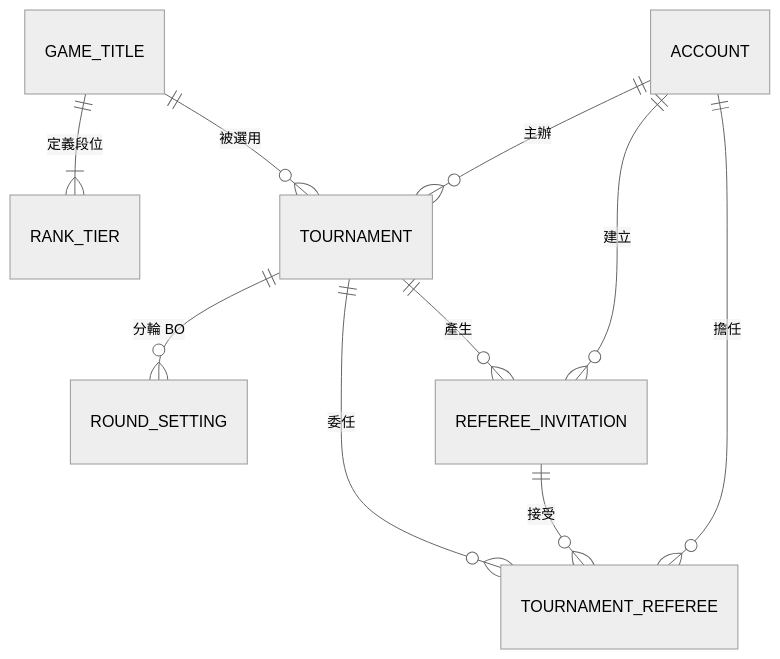
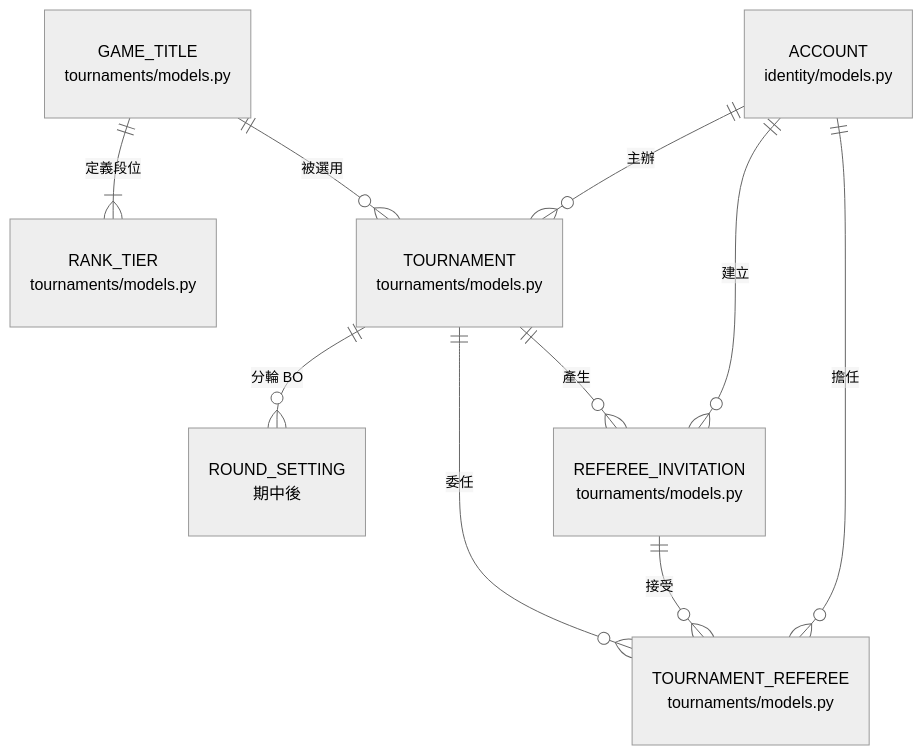
One commit to Team14good/esport-platform changed the fifth of 19 diagrams in docs/midterm/B-軟體需求分析文件.md. Above: the diagram before and after it, drawn with Mermaid (neutral theme). The commit also changed other lines of this file and 27 other files, not shown here.

First line of the commit message:
docs: B、C、D 其餘的圖全部對照程式標註

````diff
--- a/docs/midterm/B-軟體需求分析文件.md
+++ b/docs/midterm/B-軟體需求分析文件.md
@@ -707,12 +716,19 @@
 ```mermaid
 erDiagram
+  GAME_TITLE["GAME_TITLE<br/>tournaments/models.py"]
+  RANK_TIER["RANK_TIER<br/>tournaments/models.py"]
+  TOURNAMENT["TOURNAMENT<br/>tournaments/models.py"]
+  ACCOUNT["ACCOUNT<br/>identity/models.py"]
+  ROUND_SETTING["ROUND_SETTING<br/>期中後"]
+  REFEREE_INVITATION["REFEREE_INVITATION<br/>tournaments/models.py"]
+  TOURNAMENT_REFEREE["TOURNAMENT_REFEREE<br/>tournaments/models.py"]
   GAME_TITLE ||--|{ RANK_TIER : "定義段位"
   GAME_TITLE ||--o{ TOURNAMENT : "被選用"
   ACCOUNT ||--o{ TOURNAMENT : "主辦"
   TOURNAMENT ||--o{ ROUND_SETTING : "分輪 BO"
   TOURNAMENT ||--o{ REFEREE_INVITATION : "產生"
   ACCOUNT ||--o{ REFEREE_INVITATION : "建立"
   TOURNAMENT ||--o{ TOURNAMENT_REFEREE : "委任"
   REFEREE_INVITATION ||--o{ TOURNAMENT_REFEREE : "接受"
   ACCOUNT ||--o{ TOURNAMENT_REFEREE : "擔任"
 ```
````
